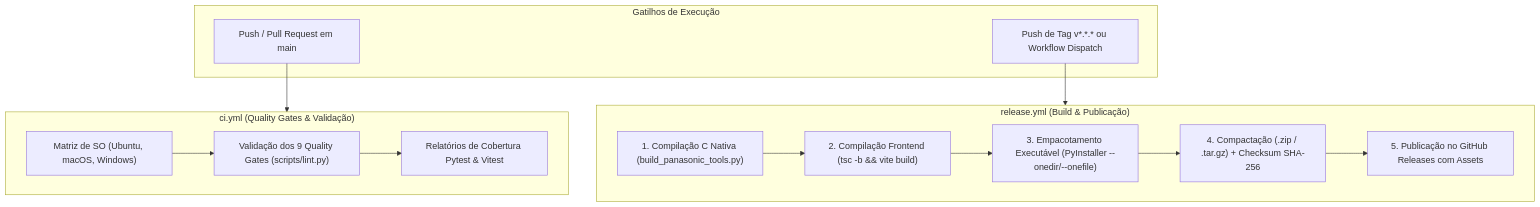
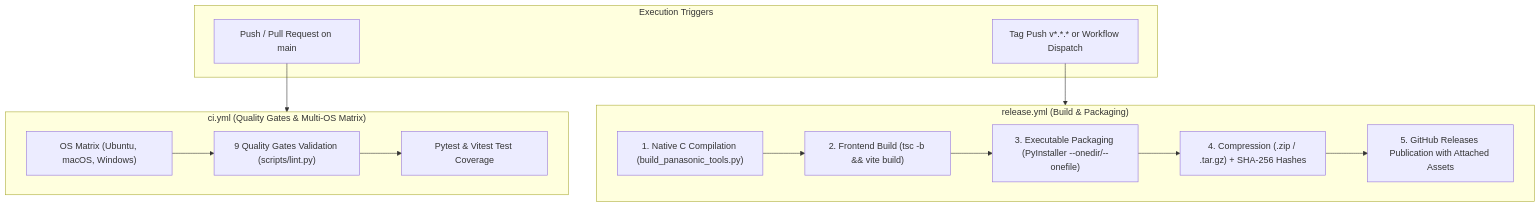
The diagram in docs/RELEASE_AND_CI.md (orgchrono/vhs-capture-scripts), drawn with Mermaid before and after one commit. The commit also changed other lines of this file and 17 other files, not shown here.

````diff
--- a/docs/RELEASE_AND_CI.md
+++ b/docs/RELEASE_AND_CI.md
@@ -11,30 +19,30 @@
 ```mermaid
 flowchart TD
-    subgraph Triggers ["Gatilhos de Execução"]
-        Push_PR["Push / Pull Request em main"]
-        Tag_Release["Push de Tag v*.*.* ou Workflow Dispatch"]
+    subgraph Triggers ["Execution Triggers"]
+        Push_PR["Push / Pull Request on main"]
+        Tag_Release["Tag Push v*.*.* or Workflow Dispatch"]
     end
 
-    subgraph CI ["ci.yml (Quality Gates & Validação)"]
-        TestMatrix["Matriz de SO (Ubuntu, macOS, Windows)"]
-        Lint_Gate["Validação dos 9 Quality Gates (scripts/lint.py)"]
-        Coverage["Relatórios de Cobertura Pytest & Vitest"]
+    subgraph CI ["ci.yml (Quality Gates & Multi-OS Matrix)"]
+        TestMatrix["OS Matrix (Ubuntu, macOS, Windows)"]
+        Lint_Gate["9 Quality Gates Validation (scripts/lint.py)"]
+        Coverage["Pytest & Vitest Test Coverage"]
     end
 
-    subgraph Release ["release.yml (Build & Publicação)"]
-        Build_C["1. Compilação C Nativa (build_panasonic_tools.py)"]
-        Build_UI["2. Compilação Frontend (tsc -b && vite build)"]
-        PyInstaller["3. Empacotamento Executável (PyInstaller --onedir/--onefile)"]
-        Zip_Tar["4. Compactação (.zip / .tar.gz) + Checksum SHA-256"]
-        GH_Release["5. Publicação no GitHub Releases com Assets"]
+    subgraph Release ["release.yml (Build & Packaging)"]
+        Build_C["1. Native C Compilation (build_panasonic_tools.py)"]
+        Build_UI["2. Frontend Build (tsc -b && vite build)"]
+        PyInstaller["3. Executable Packaging (PyInstaller --onedir/--onefile)"]
+        Zip_Tar["4. Compression (.zip / .tar.gz) + SHA-256 Hashes"]
+        GH_Release["5. GitHub Releases Publication with Attached Assets"]
     end
 
     Push_PR --> CI
     Tag_Release --> Release
     TestMatrix --> Lint_Gate
     Lint_Gate --> Coverage
     Build_C --> Build_UI
     Build_UI --> PyInstaller
     PyInstaller --> Zip_Tar
     Zip_Tar --> GH_Release
 ```
````
